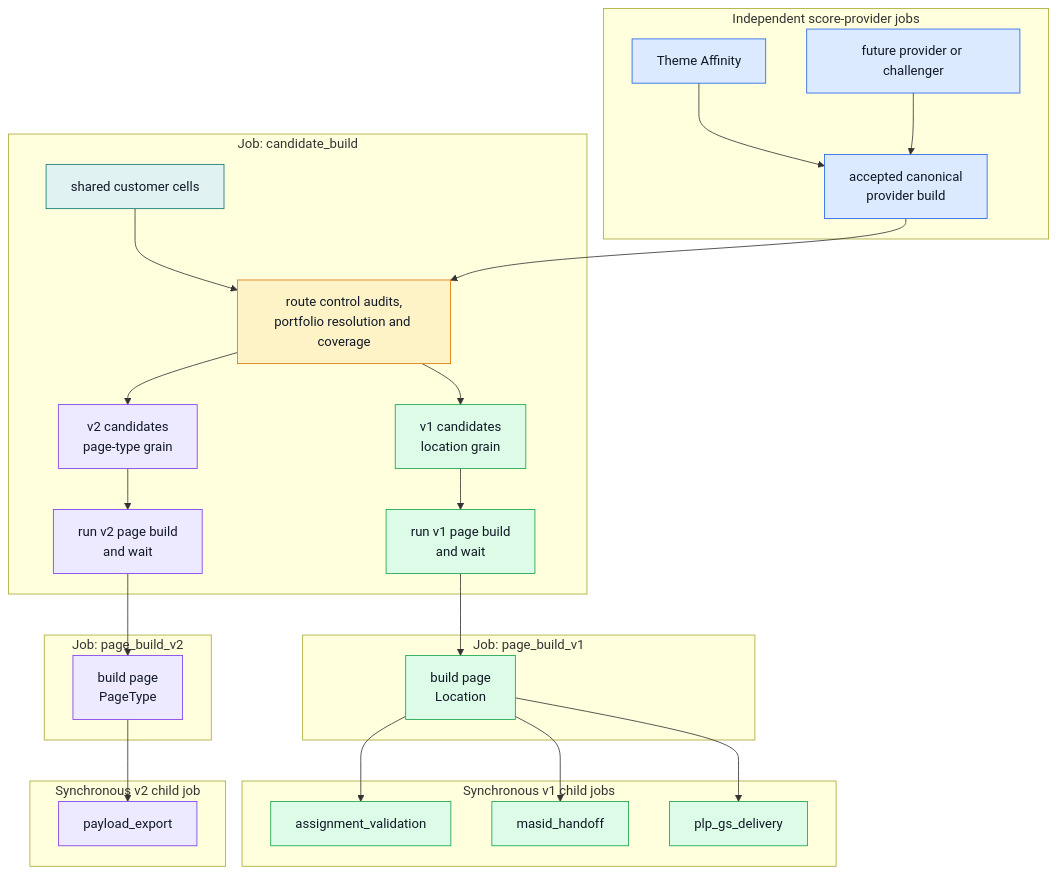
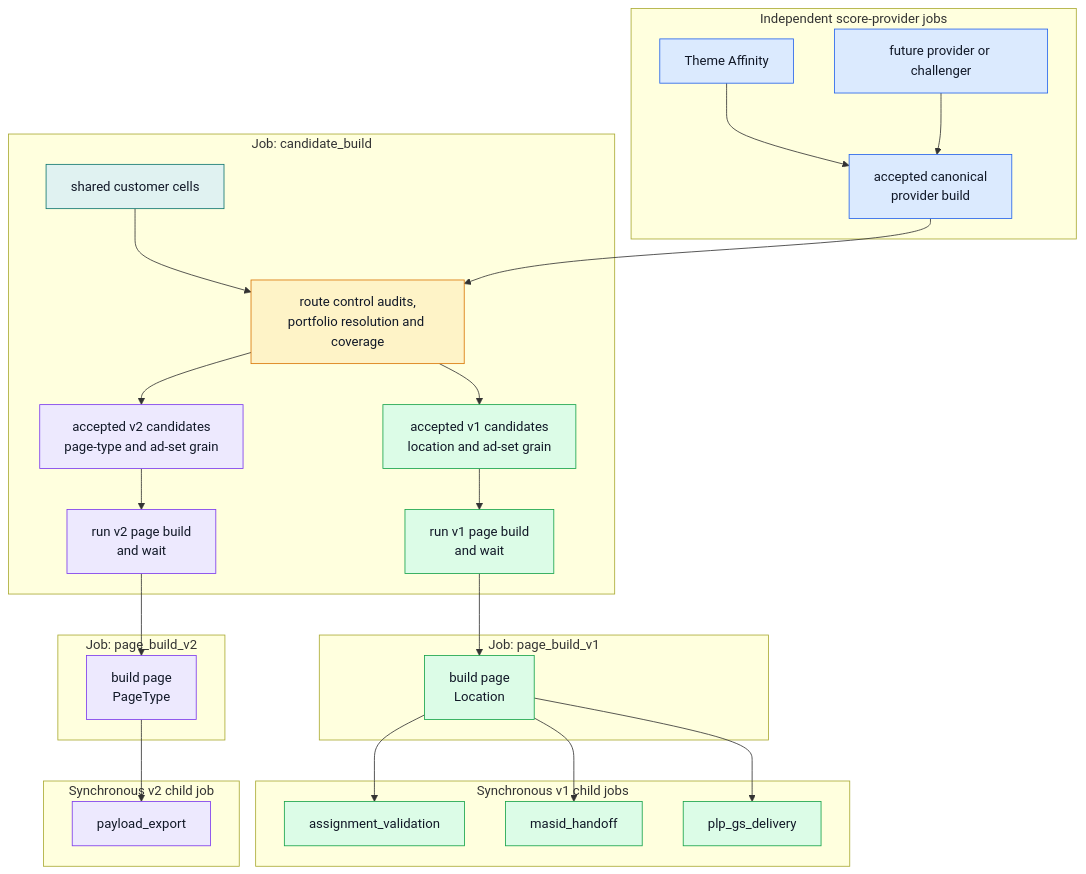
One commit to swblain-glyndwr/personal_project changed the first of 2 diagrams in docs/architecture/v1_v2_parallel_route.md. Above: the diagram before and after it, drawn with Mermaid. The commit also changed other lines of this file and 28 other files, not shown here.

Commit message:
Store candidates at portfolio and ad-set grain

````diff
--- a/docs/architecture/v1_v2_parallel_route.md
+++ b/docs/architecture/v1_v2_parallel_route.md
@@ -26,55 +26,55 @@
 ```mermaid
 flowchart TD
   classDef sharedModel fill:#dbeafe,stroke:#2563eb,color:#111827
   classDef sharedTask fill:#e0f2f1,stroke:#0f766e,color:#111827
   classDef v1 fill:#dcfce7,stroke:#16a34a,color:#111827
   classDef v2 fill:#ede9fe,stroke:#7c3aed,color:#111827
   classDef guardrail fill:#fef3c7,stroke:#d97706,color:#111827
   classDef external fill:#fef9c3,stroke:#ca8a04,color:#111827
 
   subgraph PROVIDERS["Independent score-provider jobs"]
     TA_START["Theme Affinity"]:::sharedModel
     OTHER["future provider or challenger"]:::sharedModel
     PROVIDER_OUT["accepted canonical<br/>provider build"]:::sharedModel
     TA_START --> PROVIDER_OUT
     OTHER --> PROVIDER_OUT
   end
 
   subgraph CAND_JOB["Job: candidate_build"]
     CAND_SHARED["shared customer cells"]:::sharedTask
     CAND_GUARD["route control audits,<br/>portfolio resolution and coverage"]:::guardrail
-    CAND_V1["v1 candidates<br/>location grain"]:::v1
-    CAND_V2["v2 candidates<br/>page-type grain"]:::v2
+    CAND_V1["accepted v1 candidates<br/>location and ad-set grain"]:::v1
+    CAND_V2["accepted v2 candidates<br/>page-type and ad-set grain"]:::v2
     TR1["run v1 page build<br/>and wait"]:::v1
     TR2["run v2 page build<br/>and wait"]:::v2
     CAND_SHARED --> CAND_GUARD
     CAND_GUARD --> CAND_V1 --> TR1
     CAND_GUARD --> CAND_V2 --> TR2
   end
 
   subgraph V1_PAGE_JOB["Job: page_build_v1"]
     PB1["build page<br/>Location"]:::v1
   end
 
   subgraph V2_PAGE_JOB["Job: page_build_v2"]
     PB2["build page<br/>PageType"]:::v2
   end
 
   subgraph V1_DELIVERY["Synchronous v1 child jobs"]
     QA["assignment_validation"]:::v1
     MASID["masid_handoff"]:::v1
     PLP["plp_gs_delivery"]:::v1
   end
 
   subgraph V2_DELIVERY["Synchronous v2 child job"]
     PAYLOAD["payload_export"]:::v2
   end
 
   PROVIDER_OUT --> CAND_GUARD
   TR1 --> PB1
   TR2 --> PB2
   PB1 --> QA
   PB1 --> MASID
   PB1 --> PLP
   PB2 --> PAYLOAD
 ```
````
